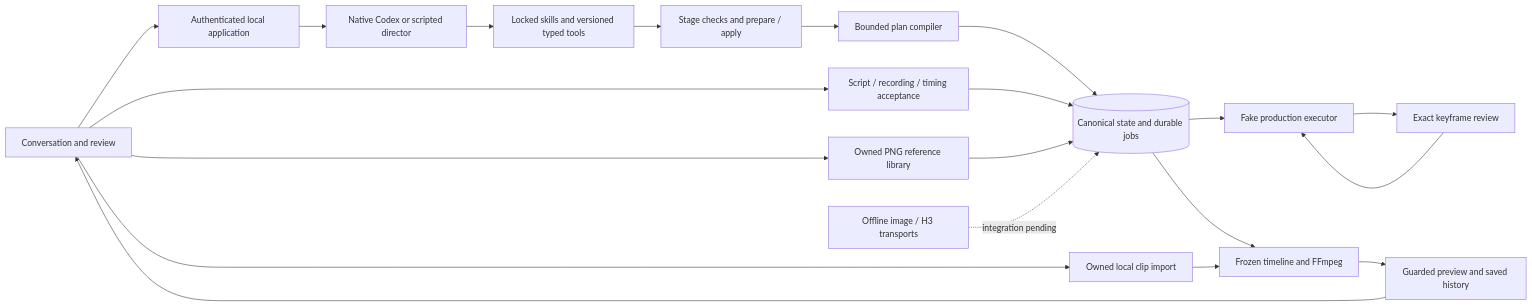
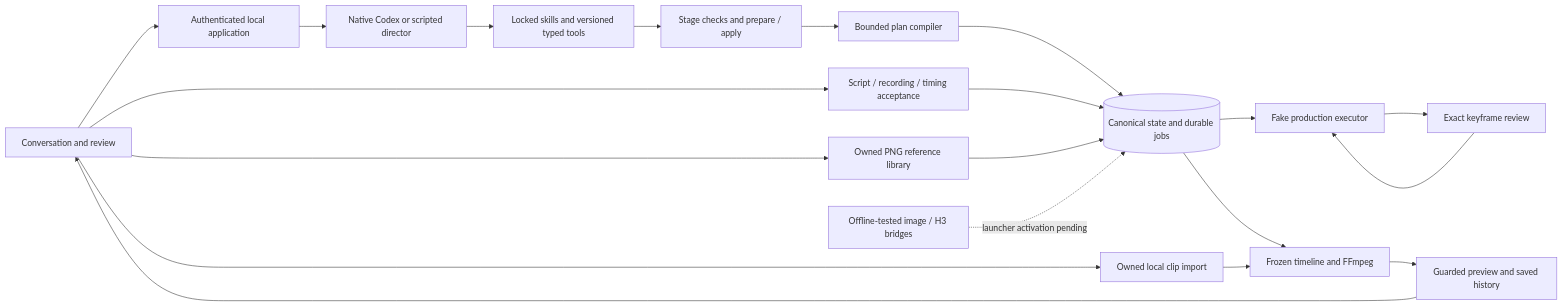
The diagram in docs/implementation/STATUS.md (Michael-Ma/OpenSlate), drawn with Mermaid before and after one commit. The commit also changed other lines of this file and 13 other files, not shown here.

Commit message:
refactor: share exact timeline capture and pin compiler assembly identity

````diff
--- a/docs/implementation/STATUS.md
+++ b/docs/implementation/STATUS.md
@@ -33,22 +35,22 @@
 ```mermaid
 flowchart LR
   Human[Conversation and review] --> App[Authenticated local application]
   App --> Director[Native Codex or scripted director]
   Director --> Tools[Locked skills and versioned typed tools]
   Tools --> Prepare[Stage checks and prepare / apply]
   Prepare --> Compiler[Bounded plan compiler]
   Compiler --> DB[(Canonical state and durable jobs)]
   DB --> Fake[Fake production executor]
   Fake --> Review[Exact keyframe review]
   Review --> Fake
   Human --> Narration[Script / recording / timing acceptance]
   Narration --> DB
   Human --> Images[Owned PNG reference library]
   Images --> DB
   Human --> Upload[Owned local clip import]
   Upload --> Render[Frozen timeline and FFmpeg]
   DB --> Render
   Render --> Preview[Guarded preview and saved history]
   Preview --> Human
-  Transport[Offline image / H3 transports] -. integration pending .-> DB
+  Transport[Offline-tested image / H3 bridges] -. launcher activation pending .-> DB
 ```
````
